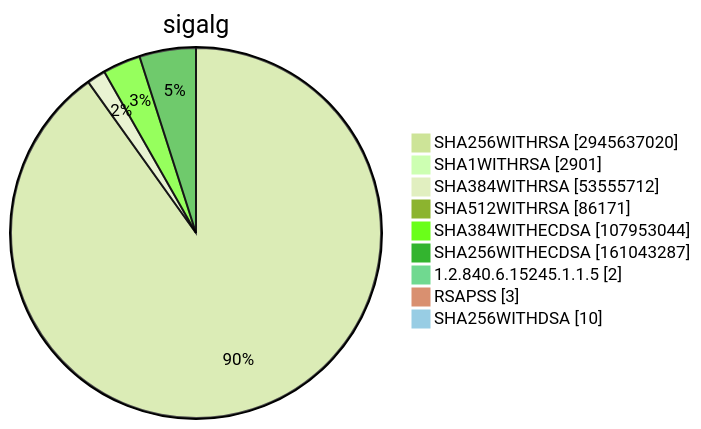
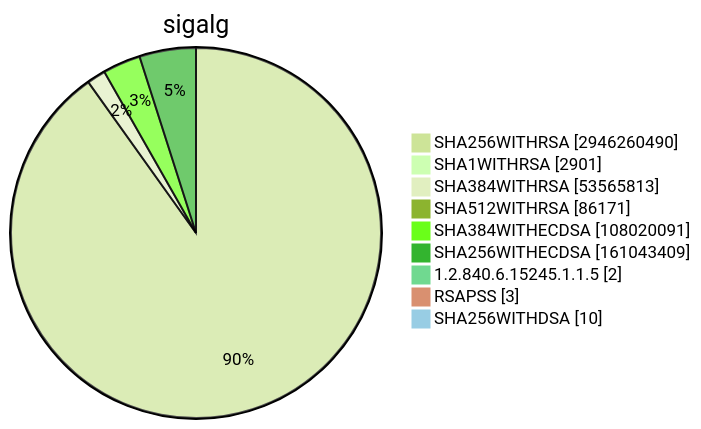
Diagram 15 of 15 in TOTAL/README.md (christiankrug/ctmonitor_visualization), drawn with Mermaid (forest theme) before and after one commit. The commit also changed other lines of this file, not shown here.

````diff
--- a/TOTAL/README.md
+++ b/TOTAL/README.md
@@ -6207,13 +6207,13 @@
 ```mermaid
 pie showData
 title sigalg
-"SHA256WITHRSA" :2945637020
+"SHA256WITHRSA" :2946260490
 "SHA1WITHRSA" :2901
-"SHA384WITHRSA" :53555712
+"SHA384WITHRSA" :53565813
 "SHA512WITHRSA" :86171
-"SHA384WITHECDSA" :107953044
-"SHA256WITHECDSA" :161043287
+"SHA384WITHECDSA" :108020091
+"SHA256WITHECDSA" :161043409
 "1.2.840.6.15245.1.1.5" :2
 "RSAPSS" :3
 "SHA256WITHDSA" :10
 ```
````
